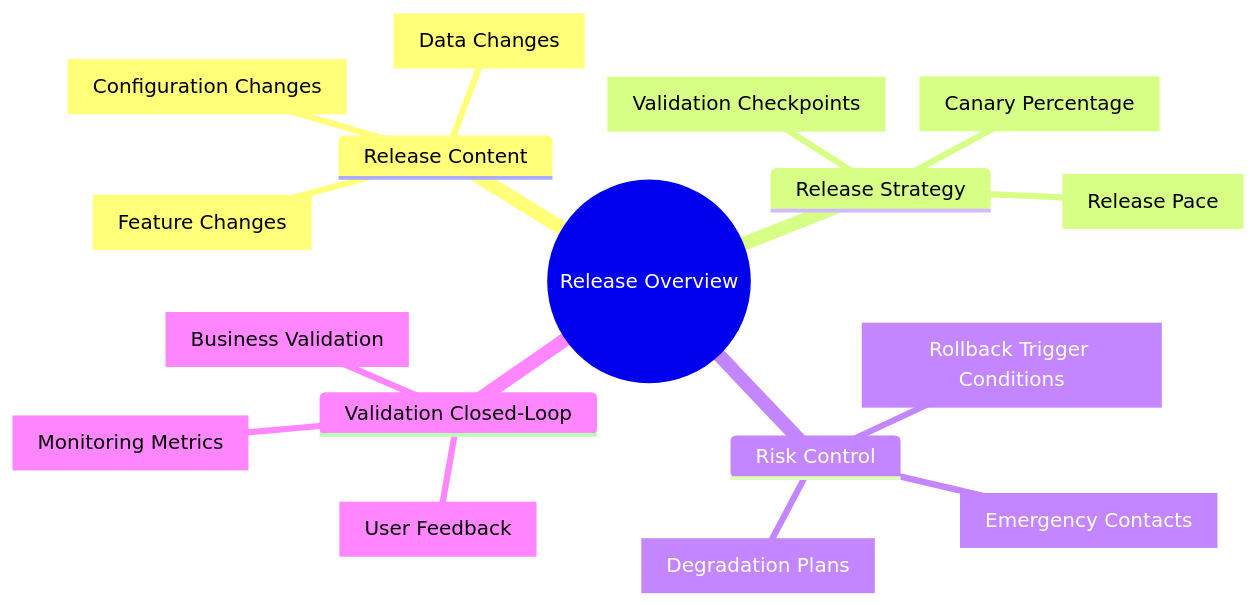
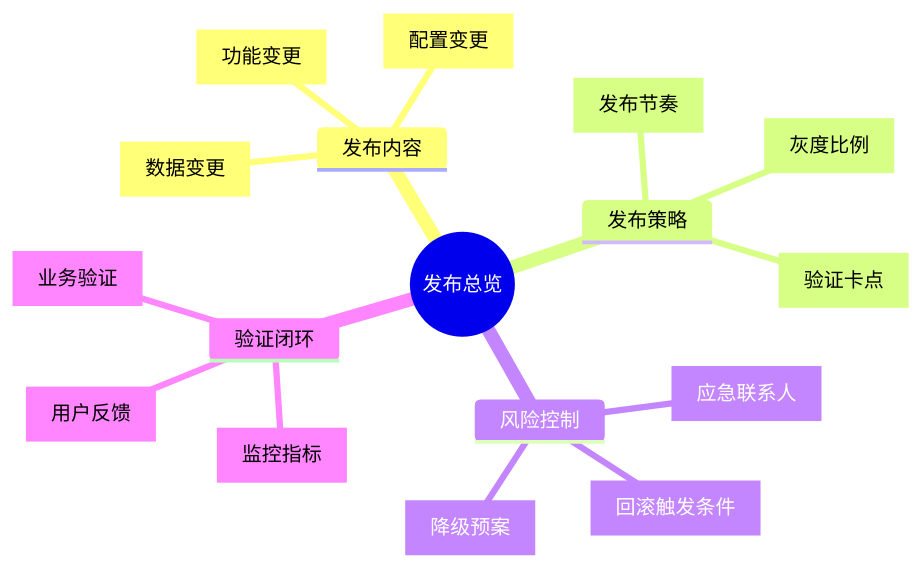
The first of 8 diagrams in templates/Product/Delivery/Template-Release-Plan.md (Kirky-X/cangjie), drawn with Mermaid before and after one commit. The commit also changed other lines of this file and 33 other files, not shown here.

````diff
--- a/templates/Product/Delivery/Template-Release-Plan.md
+++ b/templates/Product/Delivery/Template-Release-Plan.md
@@ -68,20 +68,20 @@
 ```mermaid
 mindmap
-  root((Release Overview))
-    Release Content
-      [Feature Changes]
-      [Configuration Changes]
-      [Data Changes]
-    Release Strategy
-      [Canary Percentage]
-      [Release Pace]
-      [Validation Checkpoints]
-    Risk Control
-      [Rollback Trigger Conditions]
-      [Emergency Contacts]
-      [Degradation Plans]
-    Validation Closed-Loop
-      [Monitoring Metrics]
-      [Business Validation]
-      [User Feedback]
+  root((发布总览))
+    发布内容
+      [功能变更]
+      [配置变更]
+      [数据变更]
+    发布策略
+      [灰度比例]
+      [发布节奏]
+      [验证卡点]
+    风险控制
+      [回滚触发条件]
+      [应急联系人]
+      [降级预案]
+    验证闭环
+      [监控指标]
+      [业务验证]
+      [用户反馈]
 ```
````
